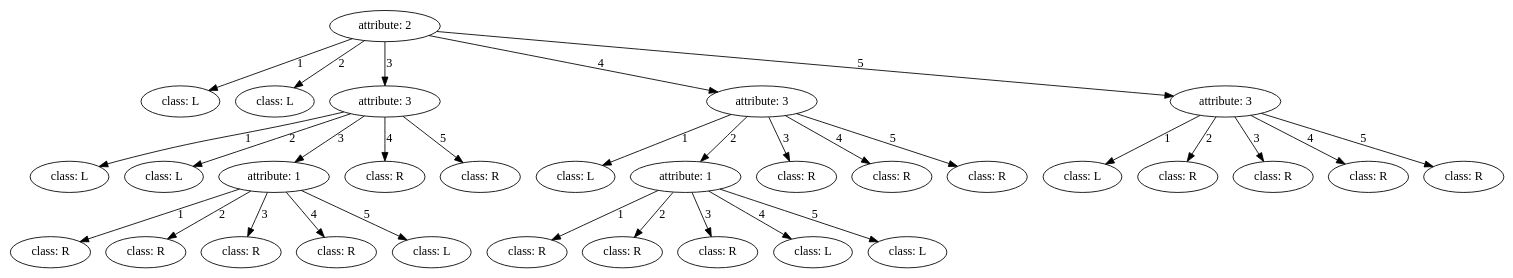
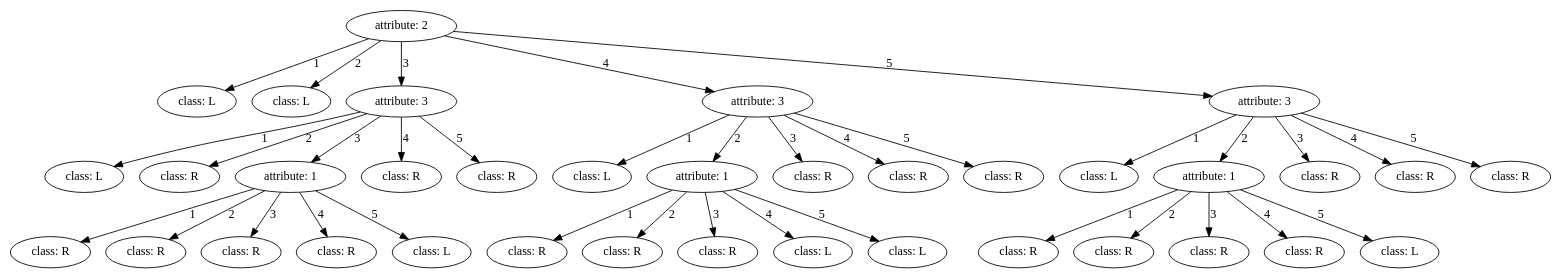
One commit to 11D-Beyonder/Machine-Learning-Coursework changed the diagram in decision_tree/submit/image/post_pruning-Gini_index-balance-scale.gv. Above: the diagram before and after it, drawn with Graphviz. The commit also changed 41 other files, not shown here.

```diff
--- a/decision_tree/submit/image/post_pruning-Gini_index-balance-scale.gv
+++ b/decision_tree/submit/image/post_pruning-Gini_index-balance-scale.gv
@@ -1,63 +1,73 @@
 digraph {
 	1 [label="attribute: 2"]
 	1 -> 2 [label=1]
 	2 [label="class: L"]
-	1 -> 83 [label=2]
-	83 [label="class: L"]
-	1 -> 184 [label=3]
-	184 [label="attribute: 3"]
-	184 -> 185 [label=1]
-	185 [label="class: L"]
-	184 -> 206 [label=2]
-	206 [label="class: L"]
-	184 -> 232 [label=3]
-	232 [label="attribute: 1"]
-	232 -> 233 [label=1]
-	233 [label="class: R"]
-	232 -> 234 [label=2]
-	234 [label="class: R"]
-	232 -> 240 [label=3]
-	240 [label="class: R"]
-	232 -> 246 [label=4]
-	246 [label="class: R"]
-	232 -> 252 [label=5]
-	252 [label="class: L"]
-	184 -> 258 [label=4]
-	258 [label="class: R"]
-	184 -> 274 [label=5]
-	274 [label="class: R"]
-	1 -> 290 [label=4]
-	290 [label="attribute: 3"]
-	290 -> 291 [label=1]
-	291 [label="class: L"]
-	290 -> 317 [label=2]
-	317 [label="attribute: 1"]
-	317 -> 318 [label=1]
-	318 [label="class: R"]
-	317 -> 319 [label=2]
-	319 [label="class: R"]
-	317 -> 325 [label=3]
-	325 [label="class: R"]
-	317 -> 331 [label=4]
-	331 [label="class: L"]
-	317 -> 337 [label=5]
-	337 [label="class: L"]
-	290 -> 343 [label=3]
-	343 [label="class: R"]
-	290 -> 359 [label=4]
-	359 [label="class: R"]
-	290 -> 370 [label=5]
-	370 [label="class: R"]
-	1 -> 381 [label=5]
-	381 [label="attribute: 3"]
-	381 -> 382 [label=1]
-	382 [label="class: L"]
-	381 -> 413 [label=2]
-	413 [label="class: R"]
-	381 -> 439 [label=3]
-	439 [label="class: R"]
-	381 -> 455 [label=4]
-	455 [label="class: R"]
-	381 -> 466 [label=5]
-	466 [label="class: R"]
+	1 -> 78 [label=2]
+	78 [label="class: L"]
+	1 -> 174 [label=3]
+	174 [label="attribute: 3"]
+	174 -> 175 [label=1]
+	175 [label="class: L"]
+	174 -> 196 [label=2]
+	196 [label="class: R"]
+	174 -> 217 [label=3]
+	217 [label="attribute: 1"]
+	217 -> 218 [label=1]
+	218 [label="class: R"]
+	217 -> 219 [label=2]
+	219 [label="class: R"]
+	217 -> 220 [label=3]
+	220 [label="class: R"]
+	217 -> 226 [label=4]
+	226 [label="class: R"]
+	217 -> 232 [label=5]
+	232 [label="class: L"]
+	174 -> 238 [label=4]
+	238 [label="class: R"]
+	174 -> 254 [label=5]
+	254 [label="class: R"]
+	1 -> 270 [label=4]
+	270 [label="attribute: 3"]
+	270 -> 271 [label=1]
+	271 [label="class: L"]
+	270 -> 297 [label=2]
+	297 [label="attribute: 1"]
+	297 -> 298 [label=1]
+	298 [label="class: R"]
+	297 -> 299 [label=2]
+	299 [label="class: R"]
+	297 -> 305 [label=3]
+	305 [label="class: R"]
+	297 -> 311 [label=4]
+	311 [label="class: L"]
+	297 -> 317 [label=5]
+	317 [label="class: L"]
+	270 -> 323 [label=3]
+	323 [label="class: R"]
+	270 -> 339 [label=4]
+	339 [label="class: R"]
+	270 -> 350 [label=5]
+	350 [label="class: R"]
+	1 -> 361 [label=5]
+	361 [label="attribute: 3"]
+	361 -> 362 [label=1]
+	362 [label="class: L"]
+	361 -> 388 [label=2]
+	388 [label="attribute: 1"]
+	388 -> 389 [label=1]
+	389 [label="class: R"]
+	388 -> 390 [label=2]
+	390 [label="class: R"]
+	388 -> 391 [label=3]
+	391 [label="class: R"]
+	388 -> 397 [label=4]
+	397 [label="class: R"]
+	388 -> 403 [label=5]
+	403 [label="class: L"]
+	361 -> 409 [label=3]
+	409 [label="class: R"]
+	361 -> 425 [label=4]
+	425 [label="class: R"]
+	361 -> 436 [label=5]
+	436 [label="class: R"]
 }
```
